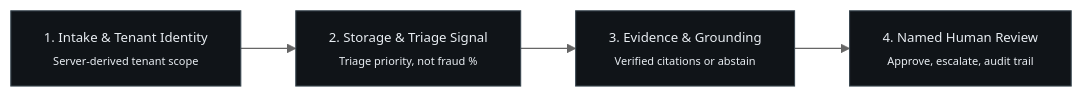
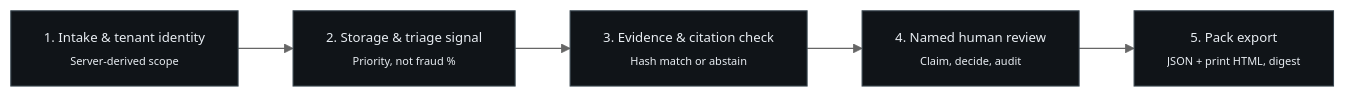
The second of 2 diagrams in README.md (jeevesh2515/finsentinel-case-study), drawn with Mermaid (neutral theme) before and after one commit. The commit also changed other lines of this file and 12 other files, not shown here.

````diff
--- a/README.md
+++ b/README.md
@@ -90,9 +104,10 @@
 ```mermaid
 flowchart LR
-    A["1. Intake & Tenant Identity<br/><sub>Server-derived tenant scope</sub>"] --> B["2. Storage & Triage Signal<br/><sub>Triage priority, not fraud %</sub>"]
-    B --> C["3. Evidence & Grounding<br/><sub>Verified citations or abstain</sub>"]
-    C --> D["4. Named Human Review<br/><sub>Approve, escalate, audit trail</sub>"]
+    A["1. Intake & tenant identity<br/><sub>Server-derived scope</sub>"] --> B["2. Storage & triage signal<br/><sub>Priority, not fraud %</sub>"]
+    B --> C["3. Evidence & citation check<br/><sub>Hash match or abstain</sub>"]
+    C --> D["4. Named human review<br/><sub>Claim, decide, audit</sub>"]
+    D --> E["5. Pack export<br/><sub>JSON + print HTML, digest</sub>"]
 
     classDef step fill:#101418,stroke:#3a4750,color:#e8edf2,font-size:12px;
-    class A,B,C,D step;
+    class A,B,C,D,E step;
 ```
````
